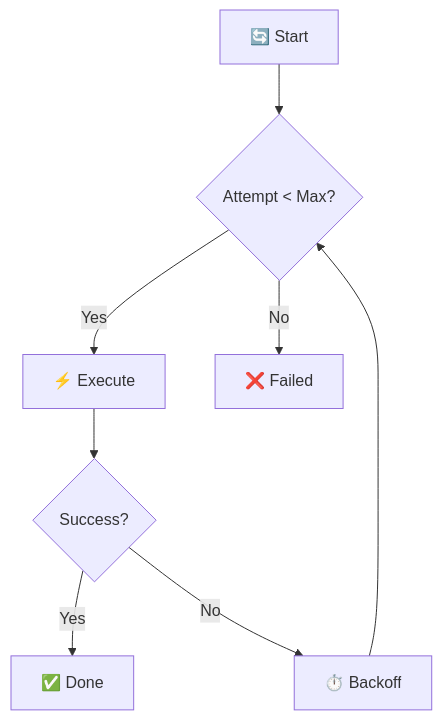
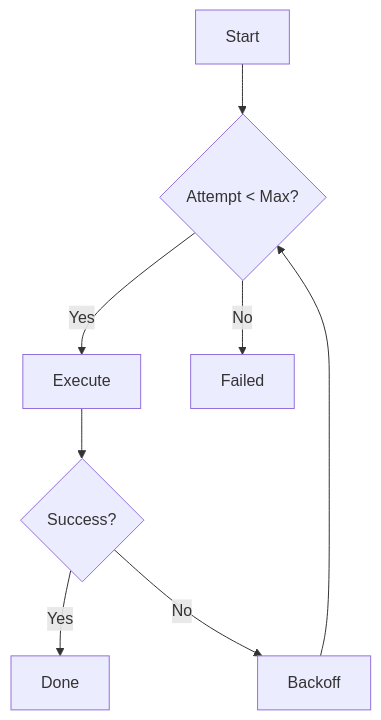
Before and after one commit to YearsAlso/zoo-framework-doc: the fifth of 7 diagrams in docs/zh/core/worker.md, drawn with Mermaid. The commit also changed other lines of this file and 24 other files, not shown here.

First line of the commit message:
docs(site): 站点正式化与内容严肃化，附 bench 报告截图

````diff
--- a/docs/zh/core/worker.md
+++ b/docs/zh/core/worker.md
@@ -353,10 +353,10 @@
 ```mermaid
 flowchart TD
-    A[🔄 Start] --> B{Attempt < Max?}
-    B -->|Yes| C[⚡ Execute]
+    A[ Start] --> B{Attempt < Max?}
+    B -->|Yes| C[ Execute]
     C --> D{Success?}
-    D -->|Yes| E[✅ Done]
-    D -->|No| F[⏱️ Backoff]
+    D -->|Yes| E[ Done]
+    D -->|No| F[ Backoff]
     F --> B
-    B -->|No| G[❌ Failed]
+    B -->|No| G[ Failed]
 ```
````
